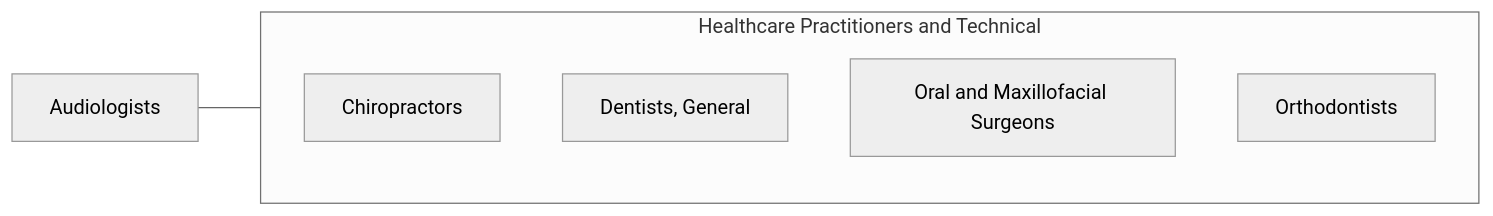
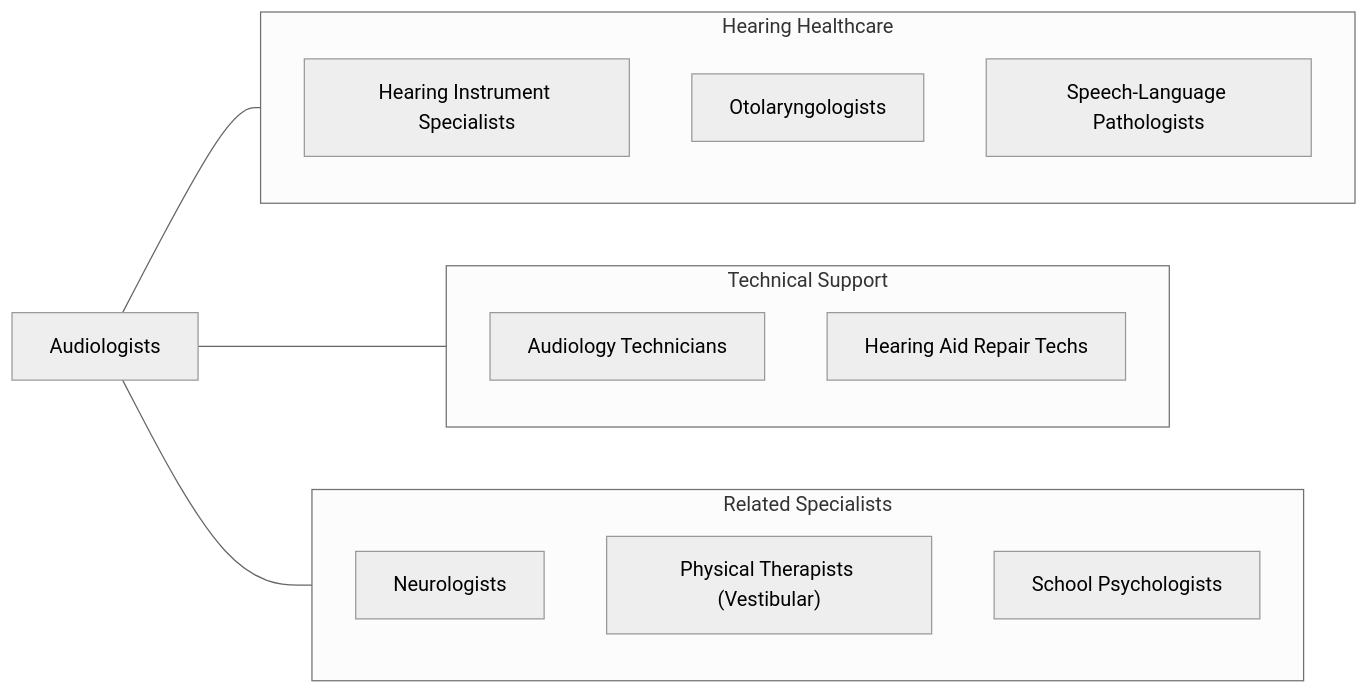
The fourth of 4 diagrams in occupations/HealthcarePractitioners/Audiologists.mdx (kziemski/business.org.ai), drawn with Mermaid (neutral theme) before and after one commit. The commit also changed other lines of this file and 938 other files, not shown here.

````diff
--- a/occupations/HealthcarePractitioners/Audiologists.mdx
+++ b/occupations/HealthcarePractitioners/Audiologists.mdx
@@ -113,13 +217,25 @@
 ```mermaid
 graph LR
     Current["Audiologists"]
 
-    subgraph SameCategory["Healthcare Practitioners and Technical"]
-        Chiropractors["Chiropractors"]
-        DentistsGeneral["Dentists, General"]
-        OralAndMaxillofacial["Oral and Maxillofacial Surgeons"]
-        Orthodontists["Orthodontists"]
+    subgraph HearingTeam["Hearing Healthcare"]
+        HIS["Hearing Instrument Specialists"]
+        ENT["Otolaryngologists"]
+        SLP["Speech-Language Pathologists"]
     end
 
-    Current --- SameCategory
+    subgraph Technical["Technical Support"]
+        AudioTech["Audiology Technicians"]
+        HearingAidRepair["Hearing Aid Repair Techs"]
+    end
+
+    subgraph Related["Related Specialists"]
+        Neuro["Neurologists"]
+        PT["Physical Therapists (Vestibular)"]
+        SchoolPsych["School Psychologists"]
+    end
+
+    Current --- HearingTeam
+    Current --- Technical
+    Current --- Related
 ```
````
